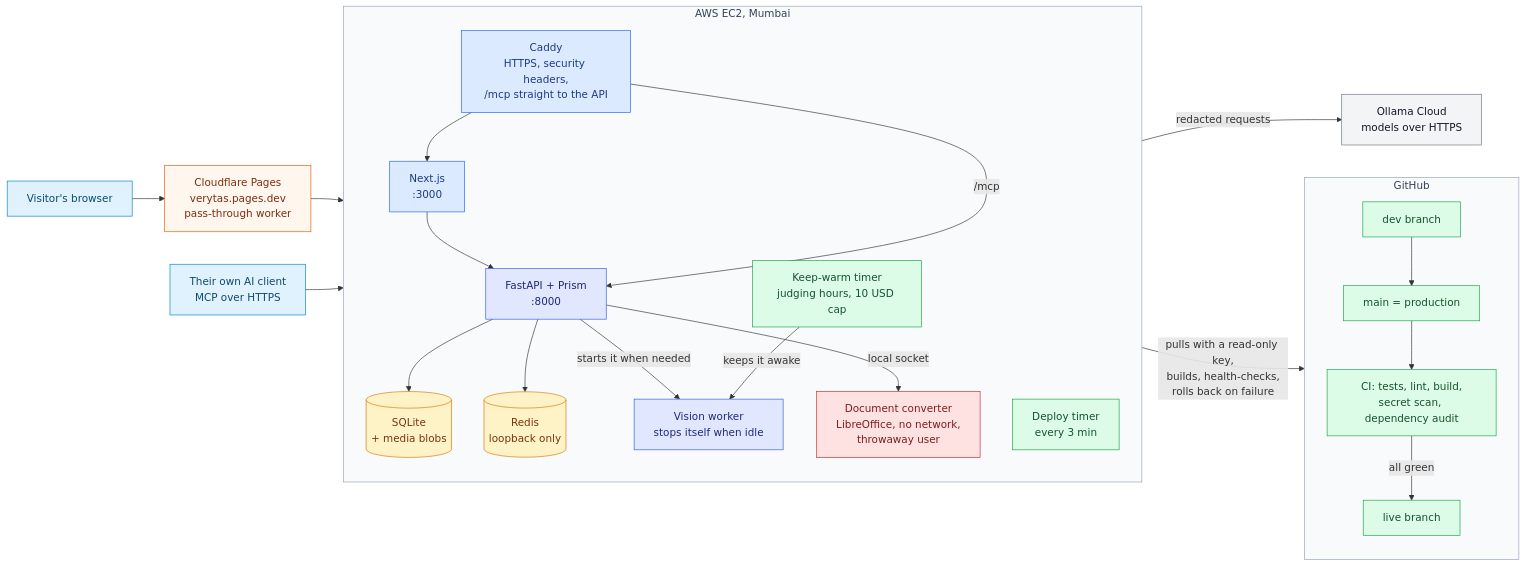
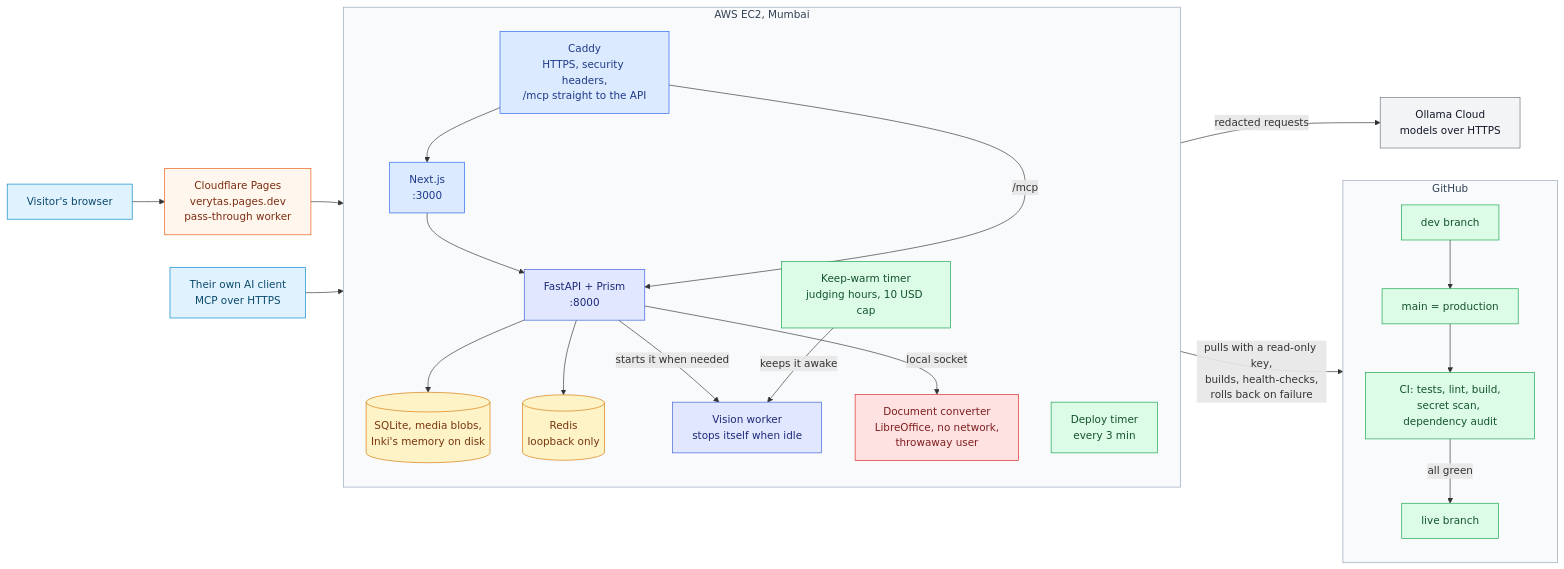
The third of 3 diagrams in README.md (varadarajjborkar/verytas), drawn with Mermaid before and after one commit. The commit also changed other lines of this file and 10 other files, not shown here.

First line of the commit message:
docs: Inki's memory, the stack as built, and today's screens

````diff
--- a/README.md
+++ b/README.md
@@ -153,52 +157,52 @@
 ```mermaid
 flowchart LR
     U["Visitor's browser"]:::client
     AIC["Their own AI client<br/>MCP over HTTPS"]:::client
     CF["Cloudflare Pages<br/>verytas.pages.dev<br/>pass-through worker"]:::edge
 
     subgraph AWS["AWS EC2, Mumbai"]
         direction TB
         CAD["Caddy<br/>HTTPS, security headers,<br/>/mcp straight to the API"]:::web
         NX["Next.js<br/>:3000"]:::web
         FA["FastAPI + Prism<br/>:8000"]:::api
-        SQ[("SQLite<br/>+ media blobs")]:::data
+        SQ[("SQLite, media blobs,<br/>Inki's memory on disk")]:::data
         TM["Deploy timer<br/>every 3 min"]:::ops
         RD[("Redis<br/>loopback only")]:::data
         KW["Keep-warm timer<br/>judging hours, 10 USD cap"]:::ops
         VW["Vision worker<br/>stops itself when idle"]:::api
         CV["Document converter<br/>LibreOffice, no network,<br/>throwaway user"]:::sec
         CAD --> NX --> FA --> SQ
         CAD -- "/mcp" --> FA
         FA --> RD
         FA -- "starts it when needed" --> VW
         KW -- "keeps it awake" --> VW
         FA -- "local socket" --> CV
     end
 
     OL["Ollama Cloud<br/>models over HTTPS"]:::ext
 
     subgraph GH["GitHub"]
         direction TB
         DEV["dev branch"]:::ops
         MAIN["main = production"]:::ops
         CI["CI: tests, lint, build,<br/>secret scan, dependency audit"]:::ops
         LIVE["live branch"]:::ops
         DEV --> MAIN --> CI -- "all green" --> LIVE
     end
 
     U --> CF --> CAD
     AIC --> CAD
     FA -- "redacted requests" --> OL
     TM -- "pulls with a read-only key,<br/>builds, health-checks,<br/>rolls back on failure" --> LIVE
 
     style AWS fill:#f8fafc,stroke:#94a3b8,color:#334155
     style GH fill:#f8fafc,stroke:#94a3b8,color:#334155
     classDef client fill:#e0f2fe,stroke:#0284c7,color:#0c4a6e
     classDef edge fill:#fff7ed,stroke:#ea580c,color:#7c2d12
     classDef web fill:#dbeafe,stroke:#2563eb,color:#1e3a8a
     classDef api fill:#e0e7ff,stroke:#3b5bdb,color:#1e2a78
     classDef data fill:#fef3c7,stroke:#d97706,color:#78350f
     classDef ext fill:#f3f4f6,stroke:#6b7280,color:#111827
     classDef ops fill:#dcfce7,stroke:#16a34a,color:#14532d
     classDef sec fill:#fee2e2,stroke:#dc2626,color:#7f1d1d
 ```
````
